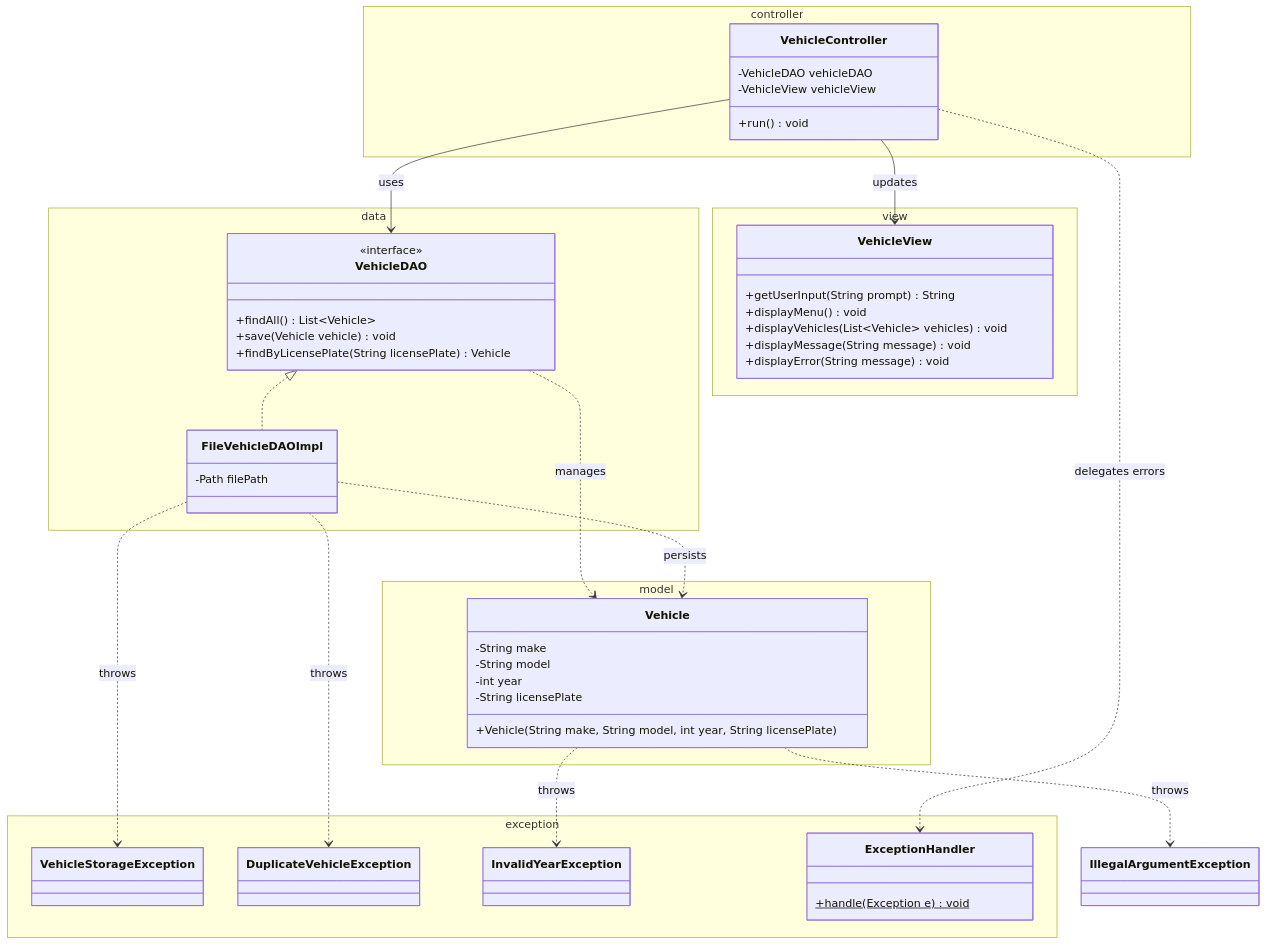
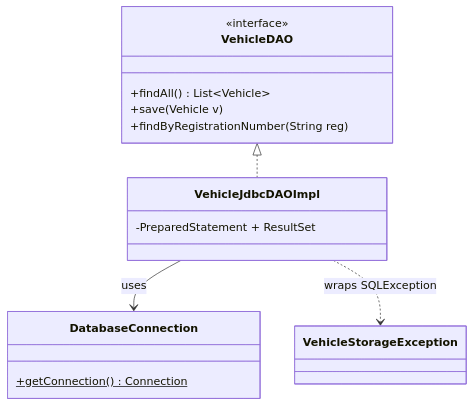
Before and after one commit to ihabau/Lexicon_WS_Exception: the diagram in README.md, drawn with Mermaid. The commit also changed other lines of this file and 1 other file, not shown here.

Commit message:
Docs: step 7 worksheet (Vehicle Registration) - DatabaseConnection, SQL schema, first JDBC DAO, 6 hints

````diff
--- a/README.md
+++ b/README.md
@@ -7,64 +27,18 @@
 ```mermaid
 classDiagram
-    namespace model {
-        class Vehicle {
-            -String make
-            -String model
-            -int year
-            -String licensePlate
-            +Vehicle(String make, String model, int year, String licensePlate)
-        }
+    class VehicleDAO {
+        <<interface>>
+        +findAll() List~Vehicle~
+        +save(Vehicle v)
+        +findByRegistrationNumber(String reg)
     }
-
-    namespace data {
-        class VehicleDAO {
-            <<interface>>
-            +findAll() List~Vehicle~
-            +save(Vehicle vehicle) void
-            +findByLicensePlate(String licensePlate) Vehicle
-        }
-        class FileVehicleDAOImpl {
-            -Path filePath
-        }
+    class VehicleJdbcDAOImpl {
+        -PreparedStatement + ResultSet
     }
-
-    namespace view {
-        class VehicleView {
-            +getUserInput(String prompt) String
-            +displayMenu() void
-            +displayVehicles(List~Vehicle~ vehicles) void
-            +displayMessage(String message) void
-            +displayError(String message) void
-        }
+    class DatabaseConnection {
+        +getConnection() Connection$
     }
-
-    namespace controller {
-        class VehicleController {
-            -VehicleDAO vehicleDAO
-            -VehicleView vehicleView
-            +run() void
-        }
-    }
-
-    namespace exception {
-        class VehicleStorageException { }
-        class DuplicateVehicleException { }
-        class InvalidYearException { }
-        class ExceptionHandler {
-            +handle(Exception e)$ void
-        }
-    }
-
-    VehicleDAO <|.. FileVehicleDAOImpl
-    VehicleController --> VehicleDAO : uses
-    VehicleController --> VehicleView : updates
-    VehicleController ..> ExceptionHandler : delegates errors
-
-    VehicleDAO ..> Vehicle : manages
-    FileVehicleDAOImpl ..> Vehicle : persists
-
-    Vehicle ..> IllegalArgumentException : throws
-    Vehicle ..> InvalidYearException : throws
-    FileVehicleDAOImpl ..> VehicleStorageException : throws
-    FileVehicleDAOImpl ..> DuplicateVehicleException : throws
+    VehicleDAO <|.. VehicleJdbcDAOImpl
+    VehicleJdbcDAOImpl --> DatabaseConnection : uses
+    VehicleJdbcDAOImpl ..> VehicleStorageException : wraps SQLException
 ```
````
